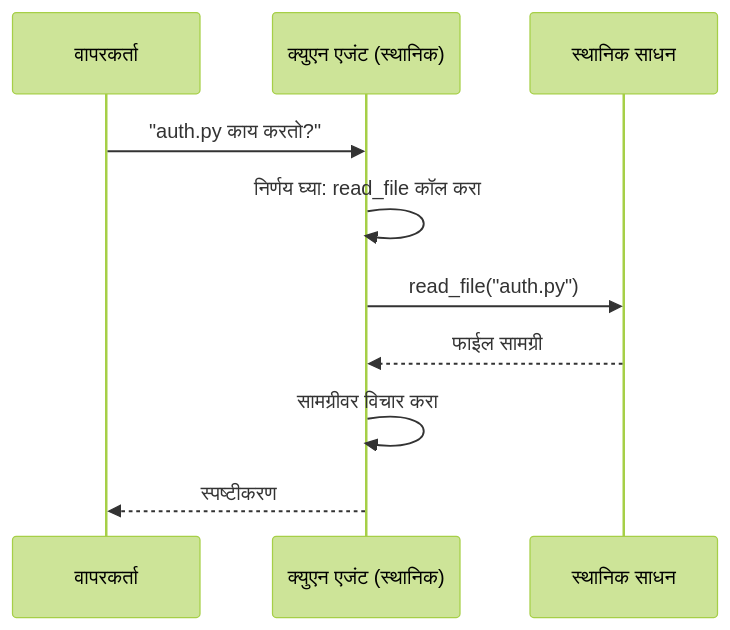
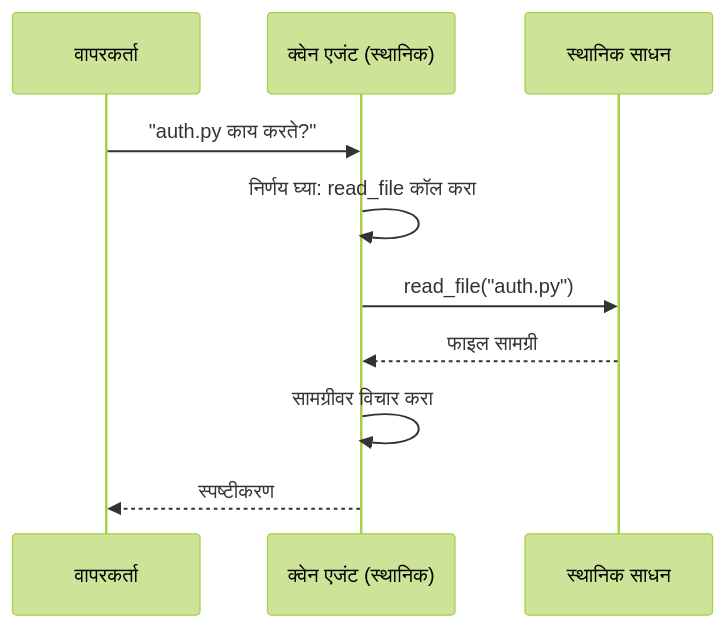
Before and after one commit to gabrielmoreira/agent-skills-mirror: the second of 4 diagrams in mirrors/repos/microsoft@ai-agents-for-beginners/translations/mr/17-creating-local-ai-agents/README.md, drawn with Mermaid (forest theme). The commit also changed other lines of this file and 4262 other files, not shown here.

````diff
--- a/mirrors/repos/microsoft@ai-agents-for-beginners/translations/mr/17-creating-local-ai-agents/README.md
+++ b/mirrors/repos/microsoft@ai-agents-for-beginners/translations/mr/17-creating-local-ai-agents/README.md
@@ -106,12 +106,12 @@
 ```mermaid
 sequenceDiagram
     participant U as वापरकर्ता
-    participant A as क्युएन एजंट (स्थानिक)
+    participant A as क्वेन एजंट (स्थानिक)
     participant T as स्थानिक साधन
-    U->>A: "auth.py काय करतो?"
+    U->>A: "auth.py काय करते?"
     A->>A: निर्णय घ्या: read_file कॉल करा
     A->>T: read_file("auth.py")
-    T-->>A: फाईल सामग्री
+    T-->>A: फाइल सामग्री
     A->>A: सामग्रीवर विचार करा
     A-->>U: स्पष्टीकरण
 ```
````
